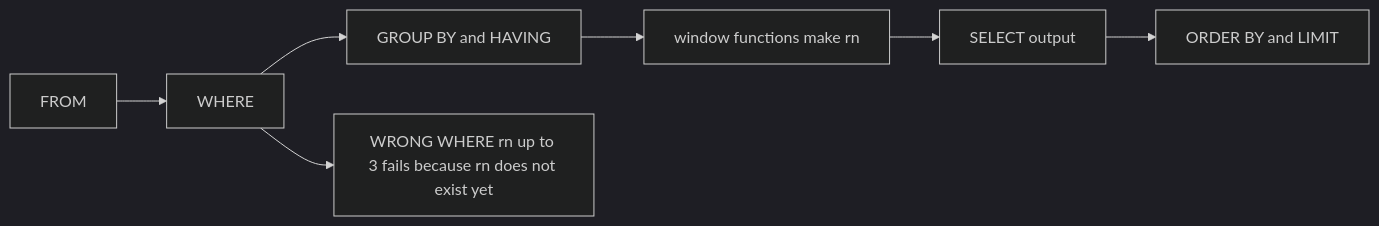
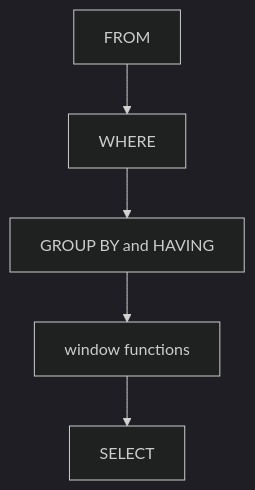
Before and after one commit to starjustice/research-material: the fourth of 4 diagrams in learn/database/05-window-functions.md, drawn with Mermaid (dark theme). The commit also changed other lines of this file, not shown here.

Commit message:
Reshape Database lesson 05 (Window functions) into short cards with guess bars and blue More detail bars

````diff
--- a/learn/database/05-window-functions.md
+++ b/learn/database/05-window-functions.md
@@ -105,9 +370,7 @@
 ```mermaid
-graph LR
+graph TB
     F["FROM"] --> W["WHERE"]
     W --> G["GROUP BY and HAVING"]
-    G --> WF["window functions make rn"]
-    WF --> S["SELECT output"]
-    S --> O["ORDER BY and LIMIT"]
-    W --> X["WRONG WHERE rn up to 3 fails because rn does not exist yet"]
+    G --> WF["window functions"]
+    WF --> S["SELECT"]
 ```
````
